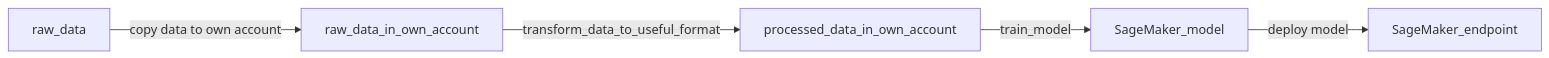
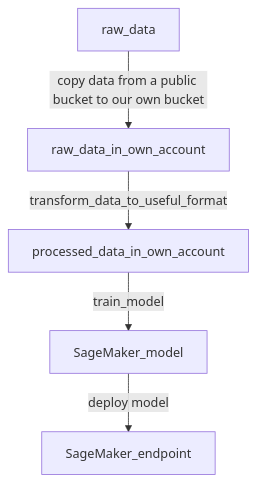
Before and after one commit to CWJ-K/Airflow: the second of 3 diagrams in Projects/deploy_machine_learning_model/README.md, drawn with Mermaid. The commit also changed other lines of this file and 9 other files, not shown here.

````diff
--- a/Projects/deploy_machine_learning_model/README.md
+++ b/Projects/deploy_machine_learning_model/README.md
@@ -40,9 +45,9 @@
 ```mermaid
-flowchart LR
-    raw_data --copy data to own account -->
+flowchart TD
+    raw_data --copy data from a public bucket to our own bucket -->
     raw_data_in_own_account;
     raw_data_in_own_account --transform_data_to_useful_format-->processed_data_in_own_account;
     processed_data_in_own_account -- train_model-->SageMaker_model;
     SageMaker_model--deploy model-->SageMaker_endpoint; 
 
 ```
````
